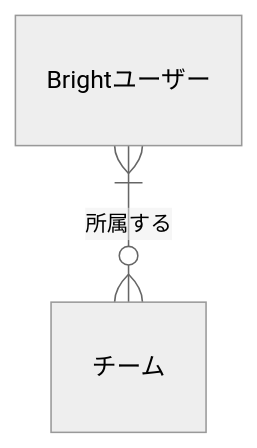
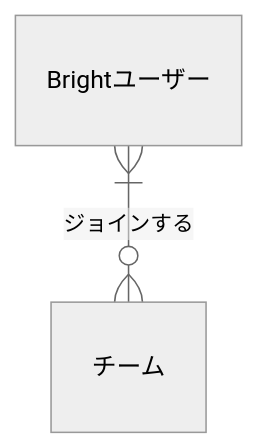
One commit to bright-org/bright changed the second of 10 diagrams in docs/conceptual_schemas/users.md. Above: the diagram before and after it, drawn with Mermaid (neutral theme). The commit also changed other lines of this file, not shown here.

````diff
--- a/docs/conceptual_schemas/users.md
+++ b/docs/conceptual_schemas/users.md
@@ -41,4 +41,4 @@
 ```mermaid
 erDiagram
-  "Brightユーザー"}|--o{"チーム" : "所属する"
+  "Brightユーザー"}|--o{"チーム" : "ジョインする"
 ```
````
